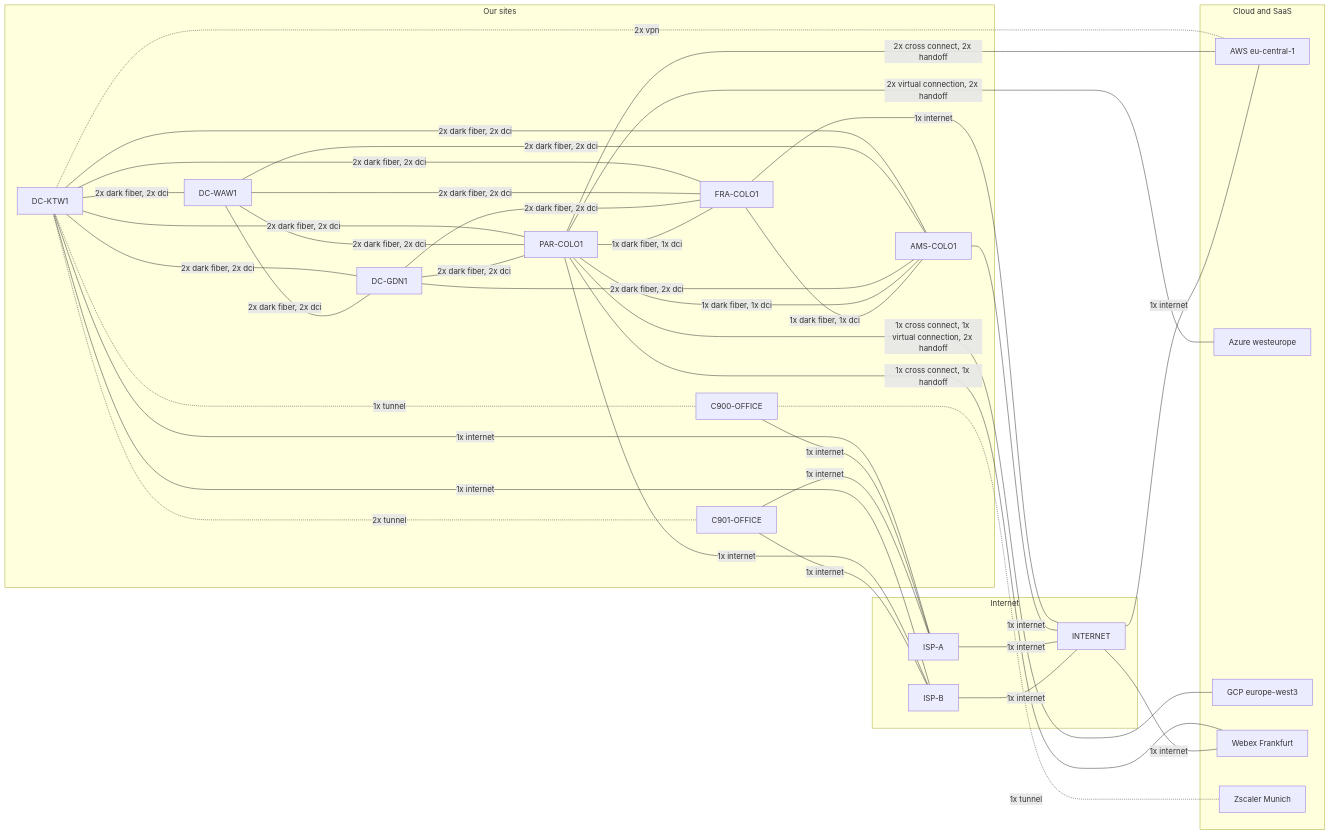
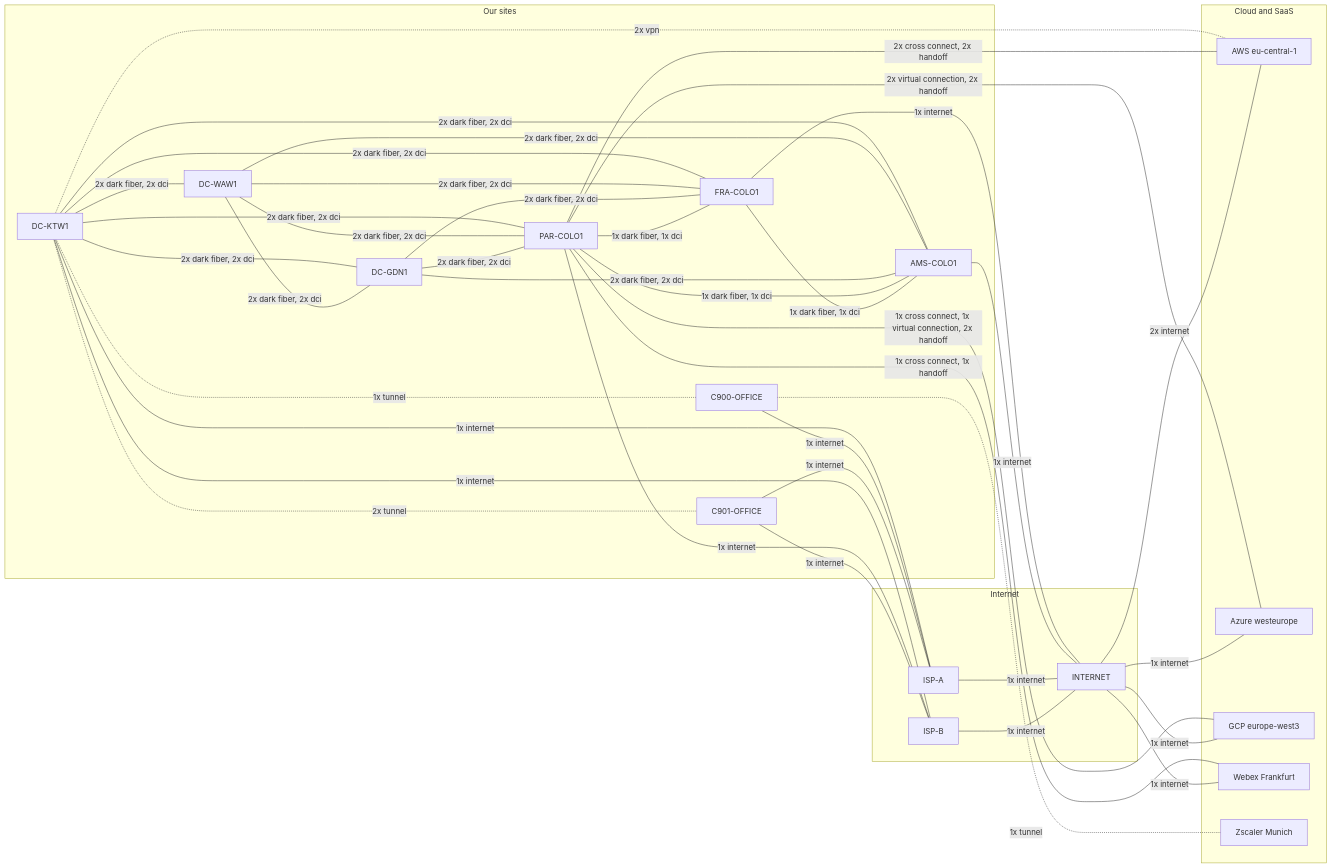
Before and after one commit to t0m3kz/infrahub-demo: the first of 4 diagrams in data/demos/00_full_topology/README.md, drawn with Mermaid. The commit also changed other lines of this file and 51 other files, not shown here.

Commit message:
feat(schema): one provider connect placed by its location, public sides and internet L1 for Azure, GCP and the AWS VPN

````diff
--- a/data/demos/00_full_topology/README.md
+++ b/data/demos/00_full_topology/README.md
@@ -81,60 +81,62 @@
 ```mermaid
 flowchart LR
   subgraph SITES["Our sites"]
     DC_KTW1["DC-KTW1"]
     DC_WAW1["DC-WAW1"]
     DC_GDN1["DC-GDN1"]
     PAR_COLO1["PAR-COLO1"]
     FRA_COLO1["FRA-COLO1"]
     AMS_COLO1["AMS-COLO1"]
     C900_OFFICE["C900-OFFICE"]
     C901_OFFICE["C901-OFFICE"]
   end
   subgraph NET["Internet"]
     ISP_A["ISP-A"]
     ISP_B["ISP-B"]
     INTERNET["INTERNET"]
   end
   subgraph CLOUD["Cloud and SaaS"]
     eu_central_1["AWS eu-central-1"]
     westeurope["Azure westeurope"]
     europe_west3["GCP europe-west3"]
     WEBEX_FRANKFURT["Webex Frankfurt"]
     ZSCALER_MUNICH_I["Zscaler Munich"]
   end
   DC_KTW1 ---|"2x dark fiber, 2x dci"| DC_WAW1
   DC_KTW1 ---|"2x dark fiber, 2x dci"| DC_GDN1
   DC_KTW1 ---|"2x dark fiber, 2x dci"| PAR_COLO1
   DC_KTW1 ---|"2x dark fiber, 2x dci"| FRA_COLO1
   DC_KTW1 ---|"2x dark fiber, 2x dci"| AMS_COLO1
   DC_KTW1 -.-|"1x tunnel"| C900_OFFICE
   DC_KTW1 -.-|"2x tunnel"| C901_OFFICE
   DC_KTW1 ---|"1x internet"| ISP_A
   DC_KTW1 ---|"1x internet"| ISP_B
   DC_KTW1 -.-|"2x vpn"| eu_central_1
   DC_WAW1 ---|"2x dark fiber, 2x dci"| DC_GDN1
   DC_WAW1 ---|"2x dark fiber, 2x dci"| PAR_COLO1
   DC_WAW1 ---|"2x dark fiber, 2x dci"| FRA_COLO1
   DC_WAW1 ---|"2x dark fiber, 2x dci"| AMS_COLO1
   DC_GDN1 ---|"2x dark fiber, 2x dci"| PAR_COLO1
   DC_GDN1 ---|"2x dark fiber, 2x dci"| FRA_COLO1
   DC_GDN1 ---|"2x dark fiber, 2x dci"| AMS_COLO1
   PAR_COLO1 ---|"1x dark fiber, 1x dci"| FRA_COLO1
   PAR_COLO1 ---|"1x dark fiber, 1x dci"| AMS_COLO1
   PAR_COLO1 ---|"1x internet"| ISP_B
   PAR_COLO1 ---|"2x cross connect, 2x handoff"| eu_central_1
   PAR_COLO1 ---|"2x virtual connection, 2x handoff"| westeurope
   PAR_COLO1 ---|"1x cross connect, 1x virtual connection, 2x handoff"| europe_west3
   PAR_COLO1 ---|"1x cross connect, 1x handoff"| WEBEX_FRANKFURT
   FRA_COLO1 ---|"1x dark fiber, 1x dci"| AMS_COLO1
   FRA_COLO1 ---|"1x internet"| INTERNET
   AMS_COLO1 ---|"1x internet"| INTERNET
   C900_OFFICE ---|"1x internet"| ISP_A
   C900_OFFICE -.-|"1x tunnel"| ZSCALER_MUNICH_I
   C901_OFFICE ---|"1x internet"| ISP_A
   C901_OFFICE ---|"1x internet"| ISP_B
   ISP_A ---|"1x internet"| INTERNET
   ISP_B ---|"1x internet"| INTERNET
-  INTERNET ---|"1x internet"| eu_central_1
+  INTERNET ---|"2x internet"| eu_central_1
+  INTERNET ---|"1x internet"| westeurope
+  INTERNET ---|"1x internet"| europe_west3
   INTERNET ---|"1x internet"| WEBEX_FRANKFURT
 ```
````
